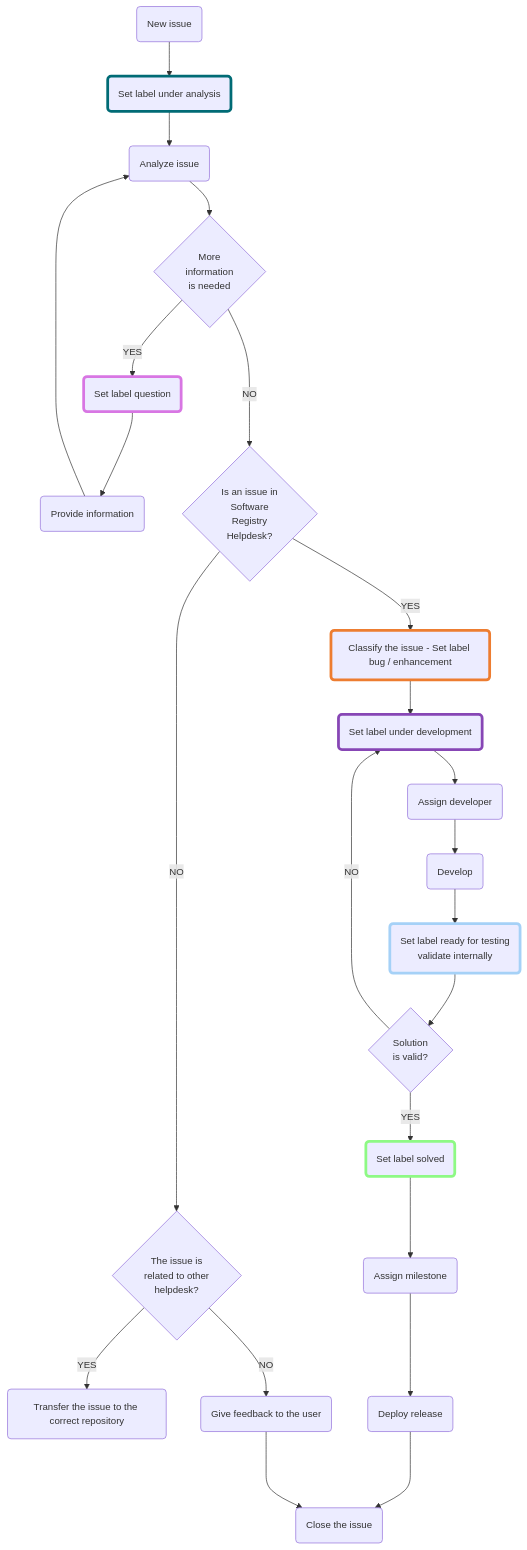
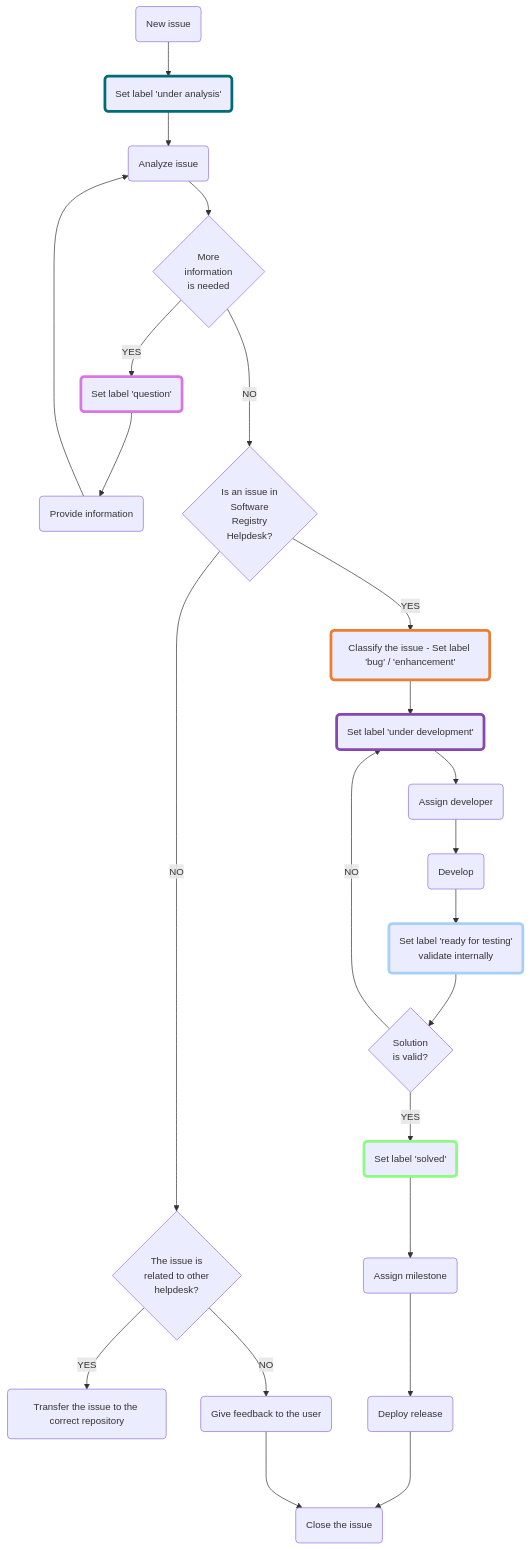
The diagram in helpdesk-management/README.md (ec-jrc/re3gistry), drawn with Mermaid before and after one commit. The commit also changed other lines of this file, not shown here.

Commit message:
Update with proposed changes

```diff
--- a/helpdesk-management/README.md
+++ b/helpdesk-management/README.md
@@ -31,7 +33,7 @@
 newIssue("New issue")
 
 %% SET LABEL UNDER ANALYSIS [NODE]
-labelUnderAnalysis("Set label under analysis")
+labelUnderAnalysis("Set label 'under analysis'")
 style labelUnderAnalysis stroke-width:4px,stroke:#006b75
 
 %% ANALYZE ISSUE [NODE]
@@ -41,7 +43,7 @@
 rhombusMoreInfo{"More \n information \n is needed"}
 
 %% SET LABEL QUESTION [NODE]
-labelQuestion("Set label question")
+labelQuestion("Set label 'question'")
 style labelQuestion stroke-width:4px,stroke:#d876e3
 
 %% PROVIDE INFORMATION [NODE]
@@ -60,11 +62,11 @@
 feedbackUser("Give feedback to the user")
 
 %% CLASSIFY THE ISSUE ... [NODE]
-classifyIssue("Classify the issue - Set label bug / enhancement")
+classifyIssue("Classify the issue - Set label 'bug' / 'enhancement'")
 style classifyIssue stroke-width:4px,stroke:#ed7d31
 
 %% SET LABEL UNDER DEVELOPMENT [NODE]
-labelUnderDev("Set label under development")
+labelUnderDev("Set label 'under development'")
 style labelUnderDev stroke-width:4px,stroke:#8746b5
 
 %% ASSIGN DEVELOPER [NODE]
@@ -74,14 +76,14 @@
 develop("Develop")
 
 %% SET LABEL READY FOR TESTING VALIDATE INTERNALLY [NODE]
-labelTesting("Set label ready for testing \n validate internally")
+labelTesting("Set label 'ready for testing' \n validate internally")
 style labelTesting stroke-width:4px,stroke:#a5d1f7
 
 %% SOLUTION IS VALID? [RHOMBUS]
 rhombusValidSol{"Solution \n is valid?"}
 
 %% SET LABEL SOLVED [NODE]
-labelSolved("Set label solved")
+labelSolved("Set label 'solved'")
 style labelSolved stroke-width:4px,stroke:#8ef984
 
 %% ASSIGN MILESTONE [NODE]
```
